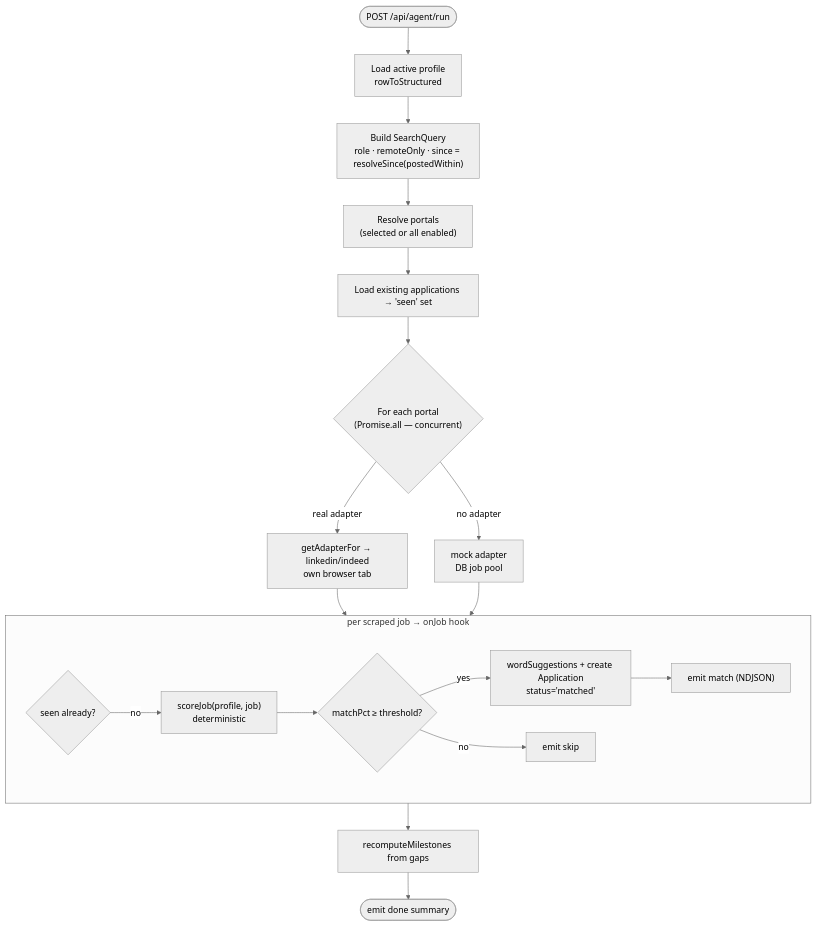
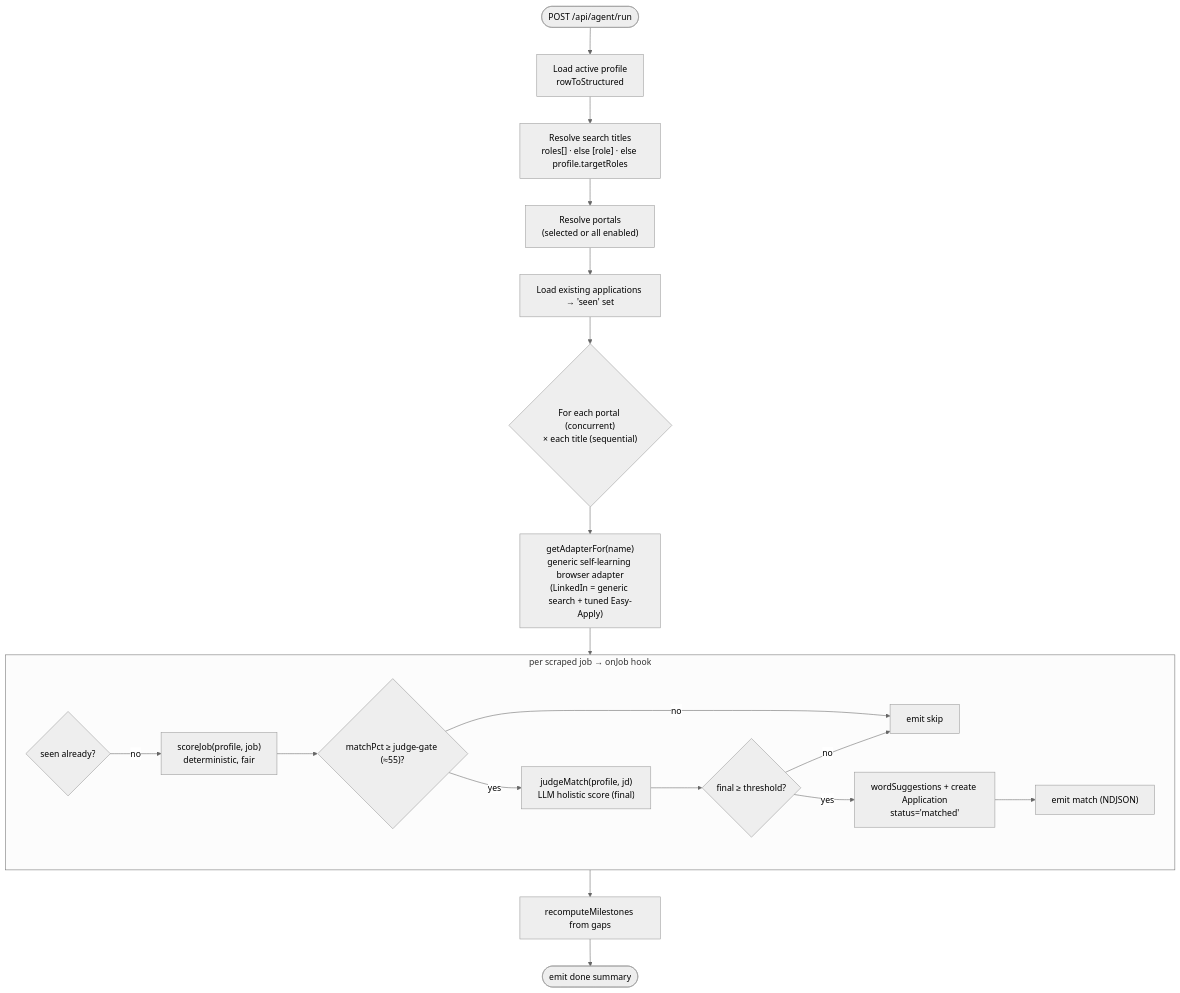
One commit to lamadev7/job-hunt-scout changed the second of 6 diagrams in ARCHITECTURE.md. Above: the diagram before and after it, drawn with Mermaid (neutral theme). The commit also changed other lines of this file and 1 other file, not shown here.

Commit message:
docs: reflect self-learning portals, LLM judge, fair scoring, multi-title roles

````diff
--- a/ARCHITECTURE.md
+++ b/ARCHITECTURE.md
@@ -67,24 +67,24 @@
 ```mermaid
 flowchart TD
   Start([POST /api/agent/run]) --> Load[Load active profile<br/>rowToStructured]
-  Load --> Query["Build SearchQuery<br/>role · remoteOnly · since = resolveSince(postedWithin)"]
-  Query --> Resolve["Resolve portals<br/>(selected or all enabled)"]
+  Load --> Roles["Resolve search titles<br/>roles[] · else [role] · else profile.targetRoles"]
+  Roles --> Resolve["Resolve portals<br/>(selected or all enabled)"]
   Resolve --> Seen[Load existing applications → 'seen' set]
-  Seen --> Fan{"For each portal<br/>(Promise.all — concurrent)"}
+  Seen --> Fan{"For each portal (concurrent)<br/>× each title (sequential)"}
 
-  Fan -->|real adapter| Real["getAdapterFor → linkedin/indeed<br/>own browser tab"]
-  Fan -->|no adapter| Mock["mock adapter<br/>DB job pool"]
-
-  Real --> Stream
-  Mock --> Stream
+  Fan --> Adapter["getAdapterFor(name)<br/>generic self-learning browser adapter<br/>(LinkedIn = generic search + tuned Easy-Apply)"]
+  Adapter --> Stream
 
   subgraph Stream["per scraped job → onJob hook"]
-    Skip{"seen already?"} -->|no| Score["scoreJob(profile, job)<br/>deterministic"]
-    Score --> Thr{"matchPct ≥ threshold?"}
+    Skip{"seen already?"} -->|no| Score["scoreJob(profile, job)<br/>deterministic, fair"]
+    Score --> Gate{"matchPct ≥ judge-gate (≈55)?"}
+    Gate -->|yes| Judge["judgeMatch(profile, jd)<br/>LLM holistic score (final)"]
+    Gate -->|no| EmitS["emit skip"]
+    Judge --> Thr{"final ≥ threshold?"}
     Thr -->|yes| Save["wordSuggestions + create Application<br/>status='matched'"] --> EmitM["emit match (NDJSON)"]
-    Thr -->|no| EmitS["emit skip"]
+    Thr -->|no| EmitS
   end
 
   Stream --> Recompute[recomputeMilestones from gaps]
   Recompute --> Done([emit done summary])
 ```
````
